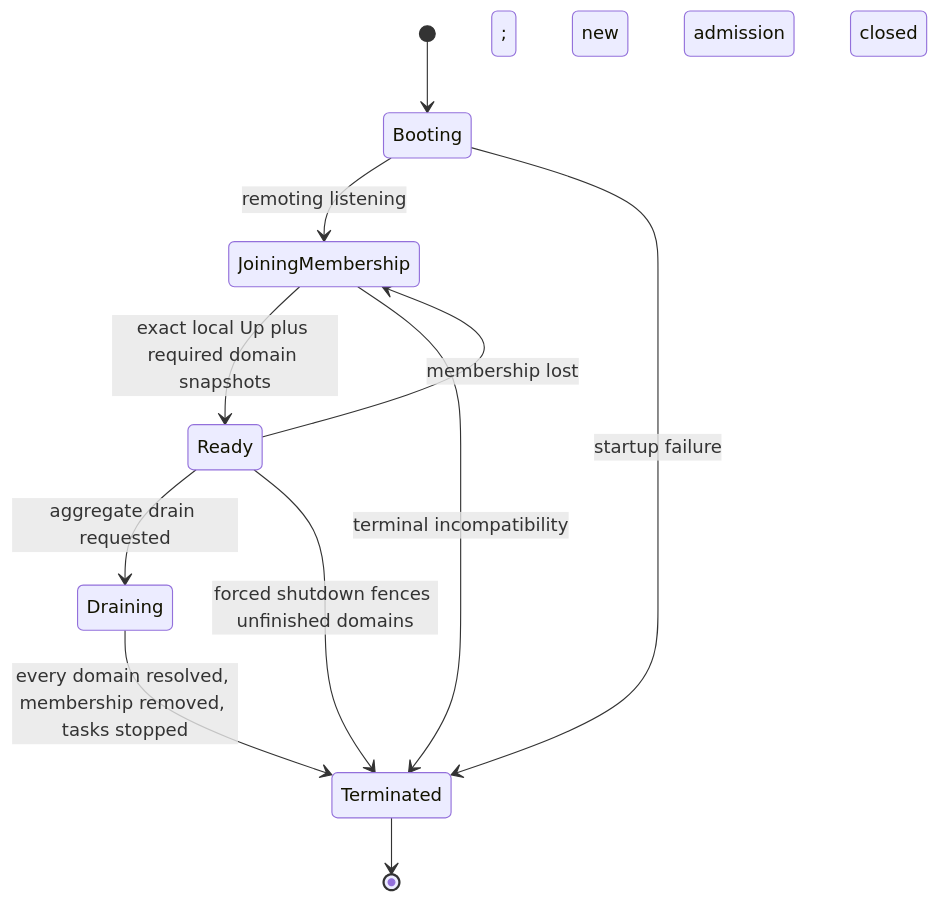
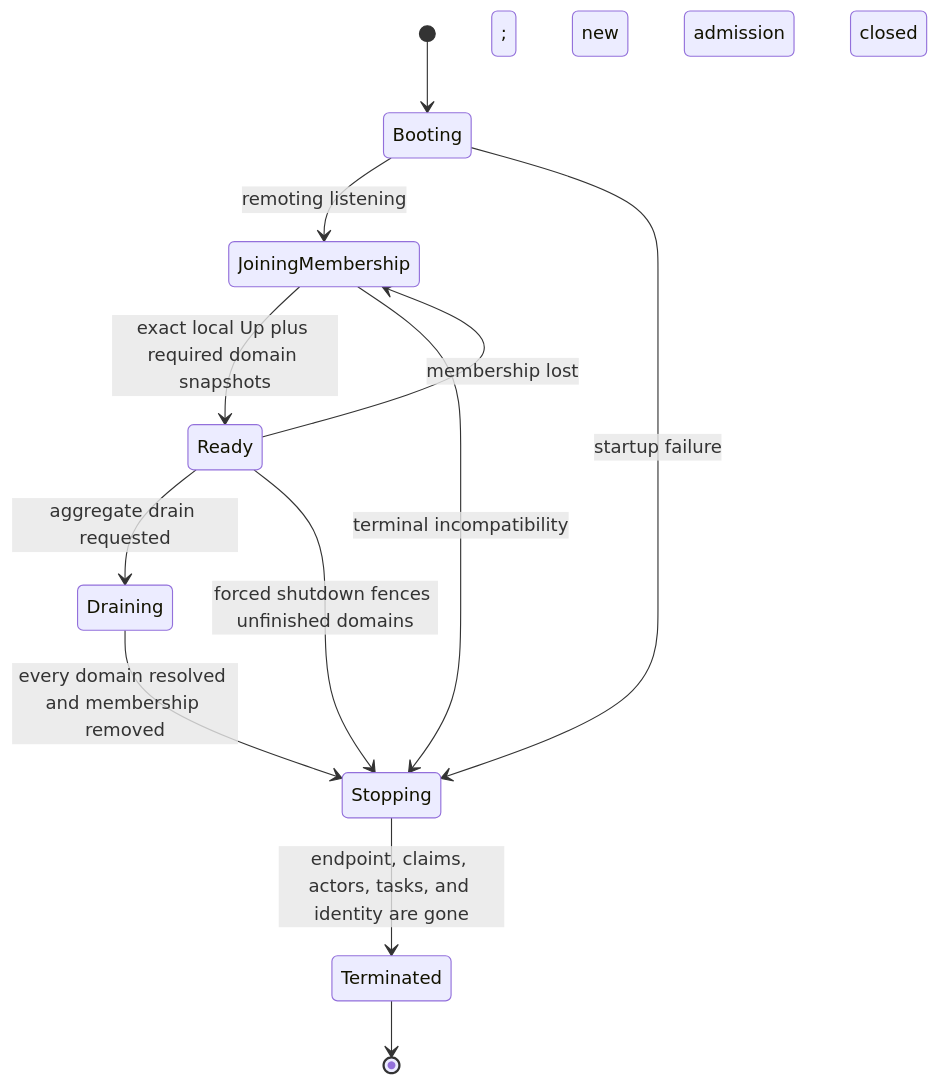
The eighth of 11 diagrams in docs/architecture/00-overview.md (realm-labs/lattice), drawn with Mermaid before and after one commit. The commit also changed other lines of this file and 40 other files, not shown here.

````diff
--- a/docs/architecture/00-overview.md
+++ b/docs/architecture/00-overview.md
@@ -468,13 +468,14 @@
 ```mermaid
 stateDiagram-v2
     [*] --> Booting
     Booting --> JoiningMembership: remoting listening
     JoiningMembership --> Ready: exact local Up plus required domain snapshots
     Ready --> JoiningMembership: membership lost; new admission closed
     Ready --> Draining: aggregate drain requested
-    Draining --> Terminated: every domain resolved, membership removed, tasks stopped
-    Booting --> Terminated: startup failure
-    JoiningMembership --> Terminated: terminal incompatibility
-    Ready --> Terminated: forced shutdown fences unfinished domains
+    Draining --> Stopping: every domain resolved and membership removed
+    Booting --> Stopping: startup failure
+    JoiningMembership --> Stopping: terminal incompatibility
+    Ready --> Stopping: forced shutdown fences unfinished domains
+    Stopping --> Terminated: endpoint, claims, actors, tasks, and identity are gone
     Terminated --> [*]
 ```
````
